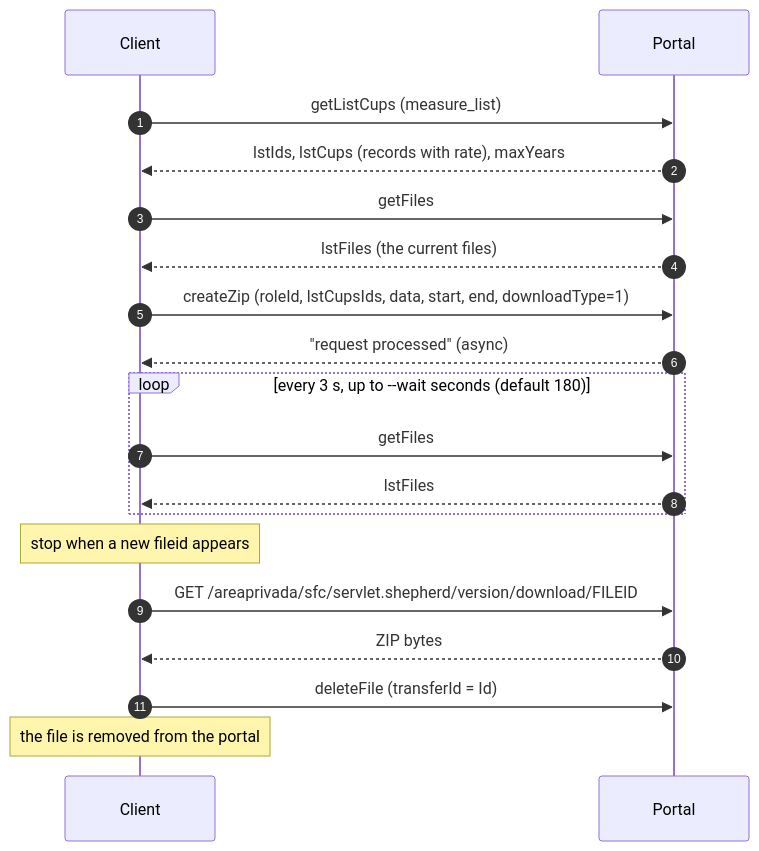
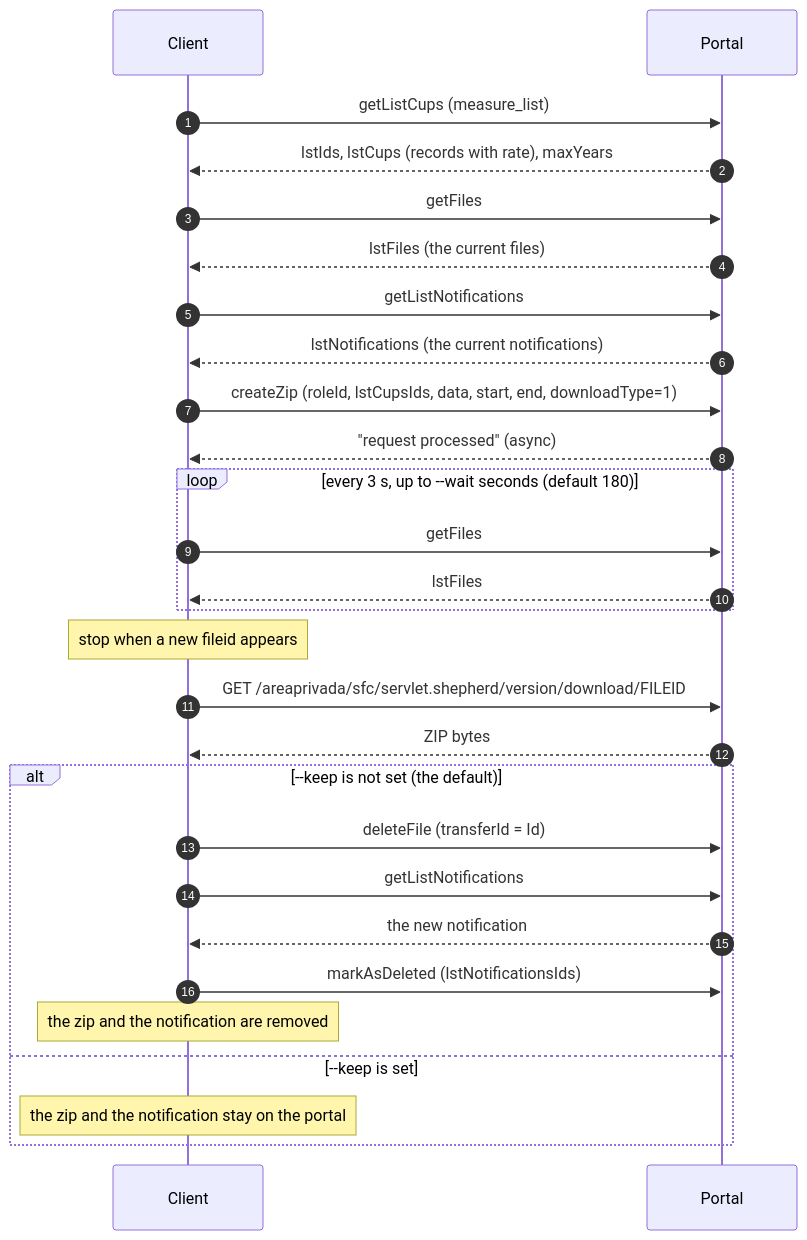
Before and after one commit to jacano/edistribucion-client: the fourth of 7 diagrams in docs/ARCHITECTURE.md, drawn with Mermaid. The commit also changed other lines of this file and 4 other files, not shown here.

Commit message:
feat(report): delete the zip and the notification by default; add --keep

````diff
--- a/docs/ARCHITECTURE.md
+++ b/docs/ARCHITECTURE.md
@@ -86,21 +86,30 @@
 ```mermaid
 sequenceDiagram
     autonumber
     participant C as Client
     participant P as Portal
     C->>P: getListCups (measure_list)
     P-->>C: lstIds, lstCups (records with rate), maxYears
     C->>P: getFiles
     P-->>C: lstFiles (the current files)
+    C->>P: getListNotifications
+    P-->>C: lstNotifications (the current notifications)
     C->>P: createZip (roleId, lstCupsIds, data, start, end, downloadType=1)
     P-->>C: "request processed" (async)
     loop every 3 s, up to --wait seconds (default 180)
         C->>P: getFiles
         P-->>C: lstFiles
     end
     Note over C: stop when a new fileid appears
     C->>P: GET /areaprivada/sfc/servlet.shepherd/version/download/FILEID
     P-->>C: ZIP bytes
-    C->>P: deleteFile (transferId = Id)
-    Note over C: the file is removed from the portal
+    alt --keep is not set (the default)
+        C->>P: deleteFile (transferId = Id)
+        C->>P: getListNotifications
+        P-->>C: the new notification
+        C->>P: markAsDeleted (lstNotificationsIds)
+        Note over C: the zip and the notification are removed
+    else --keep is set
+        Note over C: the zip and the notification stay on the portal
+    end
 ```
````
